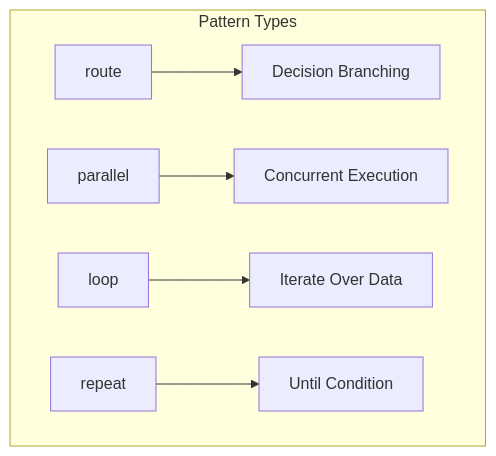
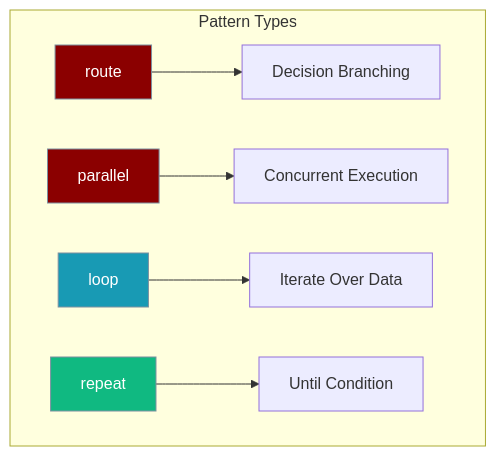
Before and after one commit to MervinPraison/PraisonAIDocs: the first of 2 diagrams in docs/features/workflow-patterns.mdx, drawn with Mermaid. The commit also changed other lines of this file and 19 other files, not shown here.

````diff
--- a/docs/features/workflow-patterns.mdx
+++ b/docs/features/workflow-patterns.mdx
@@ -12,9 +12,16 @@
 ```mermaid
 graph TD
     subgraph "Pattern Types"
         A[route] --> A1[Decision Branching]
         B[parallel] --> B1[Concurrent Execution]
         C[loop] --> C1[Iterate Over Data]
         D[repeat] --> D1[Until Condition]
     end
+    classDef agent fill:#8B0000,stroke:#7C90A0,color:#fff
+    classDef tool fill:#189AB4,stroke:#7C90A0,color:#fff
+    classDef success fill:#10B981,stroke:#7C90A0,color:#fff
+    class A,B agent
+    class C tool
+    class D success
+
 ```
````
